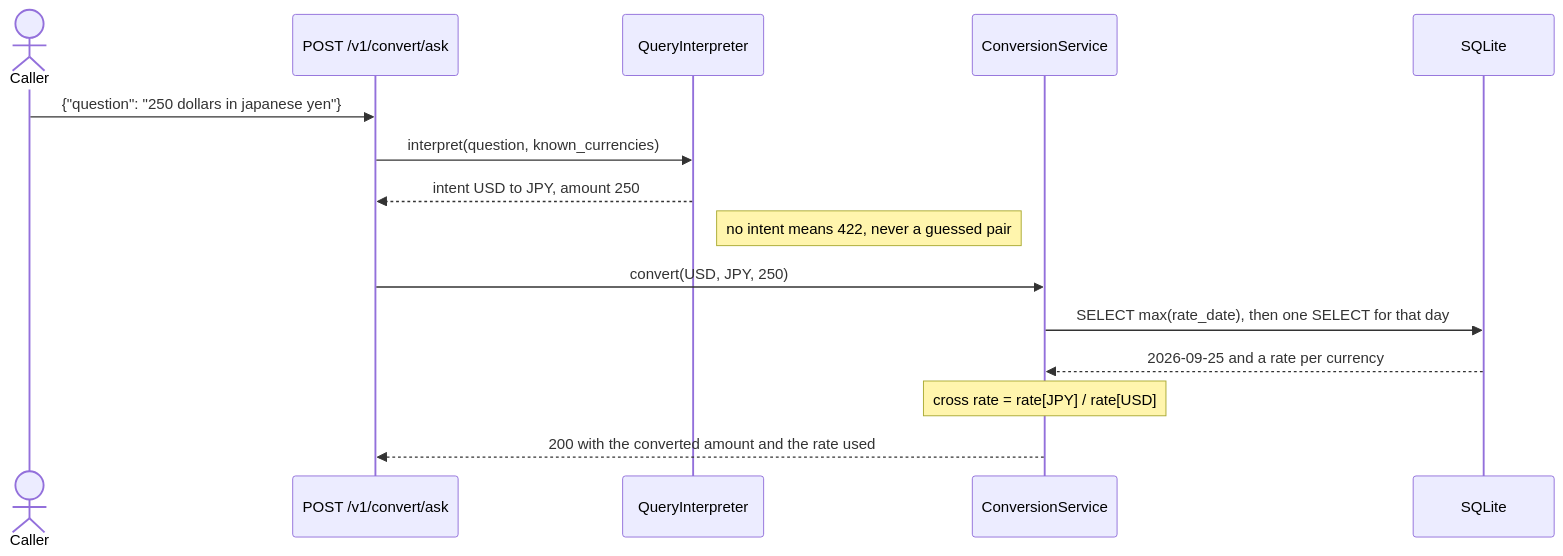
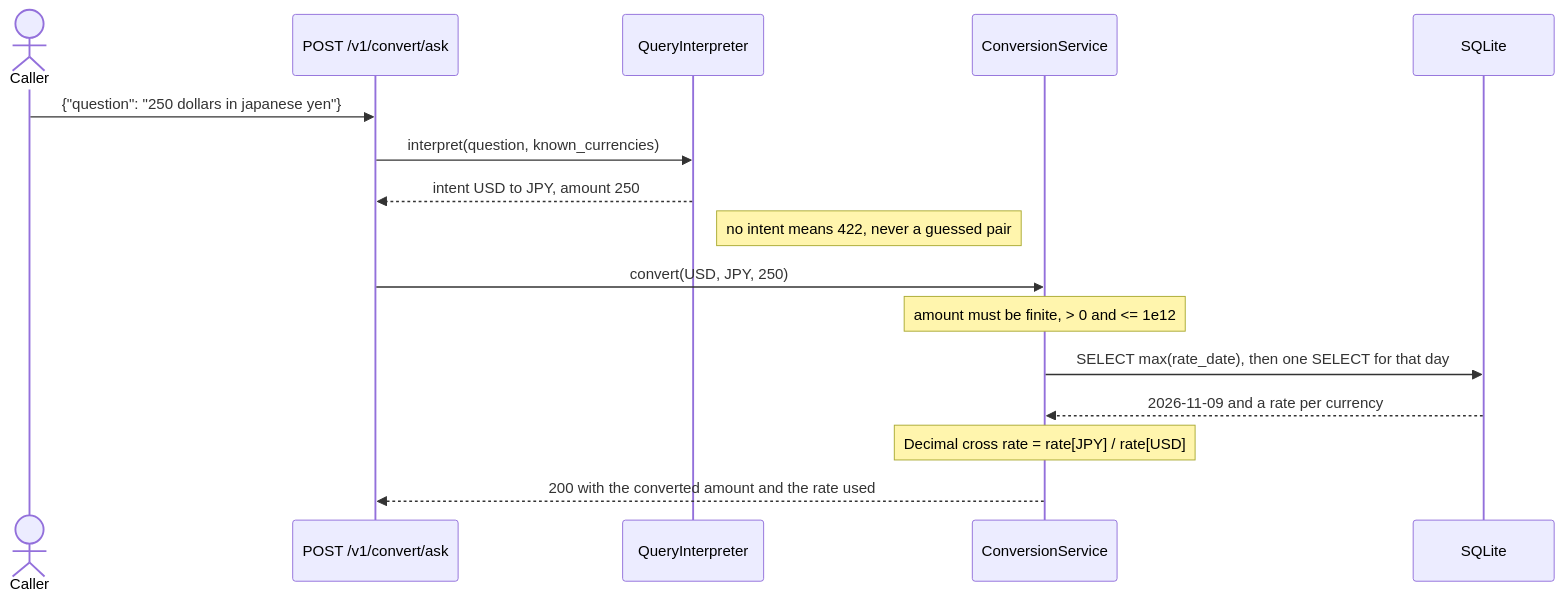
One commit to ali-raza-002/currency-exchange changed the diagram in README.md. Above: the diagram before and after it, drawn with Mermaid. The commit also changed other lines of this file, not shown here.

````diff
--- a/README.md
+++ b/README.md
@@ -69,17 +158,18 @@
 ```mermaid
 sequenceDiagram
     actor Caller
     participant Route as POST /v1/convert/ask
     participant Interp as QueryInterpreter
     participant Conv as ConversionService
     participant DB as SQLite
     Caller->>Route: {"question": "250 dollars in japanese yen"}
     Route->>Interp: interpret(question, known_currencies)
     Interp-->>Route: intent USD to JPY, amount 250
     Note right of Interp: no intent means 422, never a guessed pair
     Route->>Conv: convert(USD, JPY, 250)
+    Note over Conv: amount must be finite, > 0 and <= 1e12
     Conv->>DB: SELECT max(rate_date), then one SELECT for that day
-    DB-->>Conv: 2026-09-25 and a rate per currency
-    Note over Conv: cross rate = rate[JPY] / rate[USD]
+    DB-->>Conv: 2026-11-09 and a rate per currency
+    Note over Conv: Decimal cross rate = rate[JPY] / rate[USD]
     Conv-->>Route: 200 with the converted amount and the rate used
 ```
````
